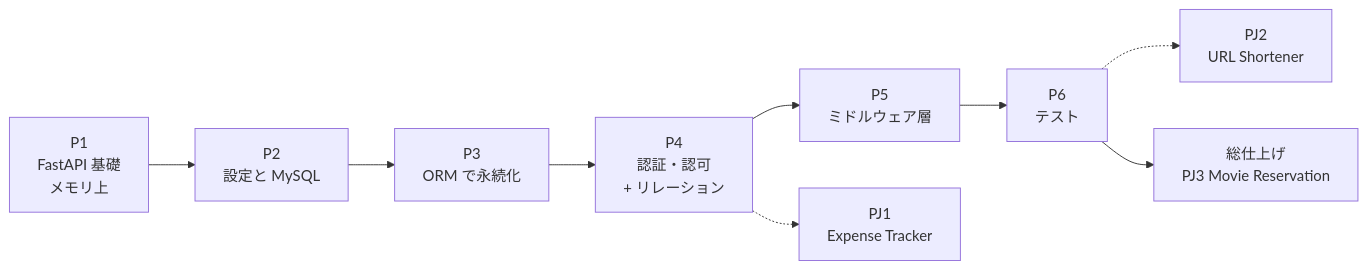
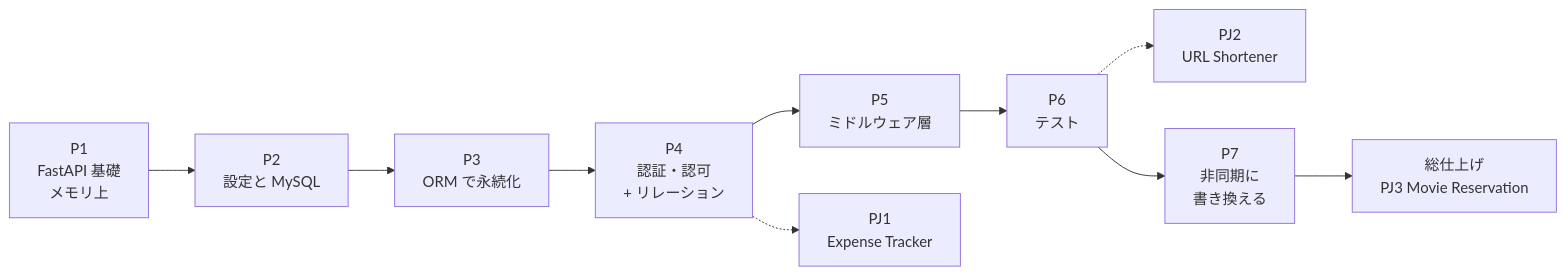
Before and after one commit to shiramizu-junya/roadmap-sh-fastapi: the third of 3 diagrams in docs/00-plan.md, drawn with Mermaid. The commit also changed other lines of this file and 1 other file, not shown here.

````diff
--- a/docs/00-plan.md
+++ b/docs/00-plan.md
@@ -276,11 +293,12 @@
 ```mermaid
 flowchart LR
     P1["P1<br/>FastAPI 基礎<br/>メモリ上"] --> P2["P2<br/>設定と MySQL"]
     P2 --> P3["P3<br/>ORM で永続化"]
     P3 --> P4["P4<br/>認証・認可<br/>+ リレーション"]
     P4 --> P5["P5<br/>ミドルウェア層"]
     P5 --> P6["P6<br/>テスト"]
     P4 -.-> PJ1["PJ1<br/>Expense Tracker"]
     P6 -.-> PJ2["PJ2<br/>URL Shortener"]
-    P6 --> PJ3["総仕上げ<br/>PJ3 Movie Reservation"]
+    P6 --> P7["P7<br/>非同期に<br/>書き換える"]
+    P7 --> PJ3["総仕上げ<br/>PJ3 Movie Reservation"]
 ```
````
